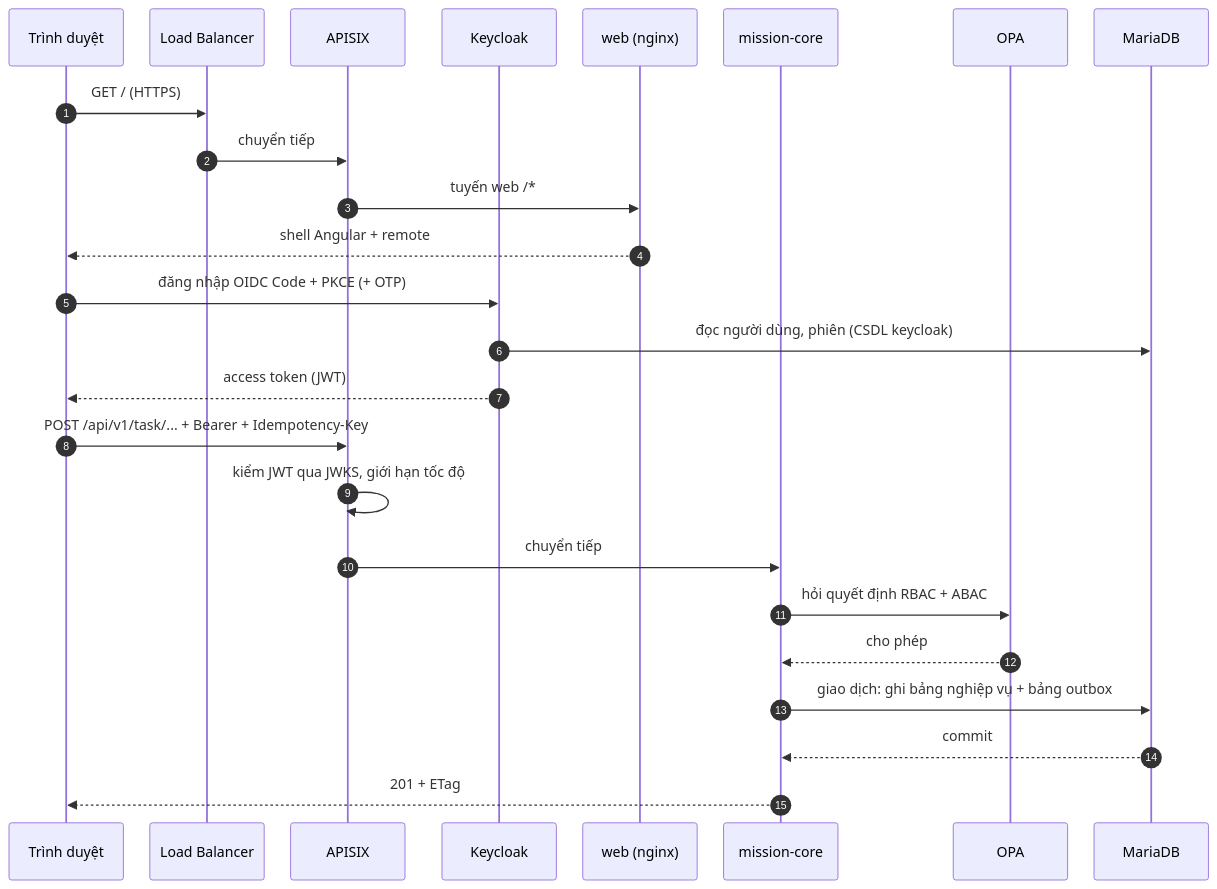
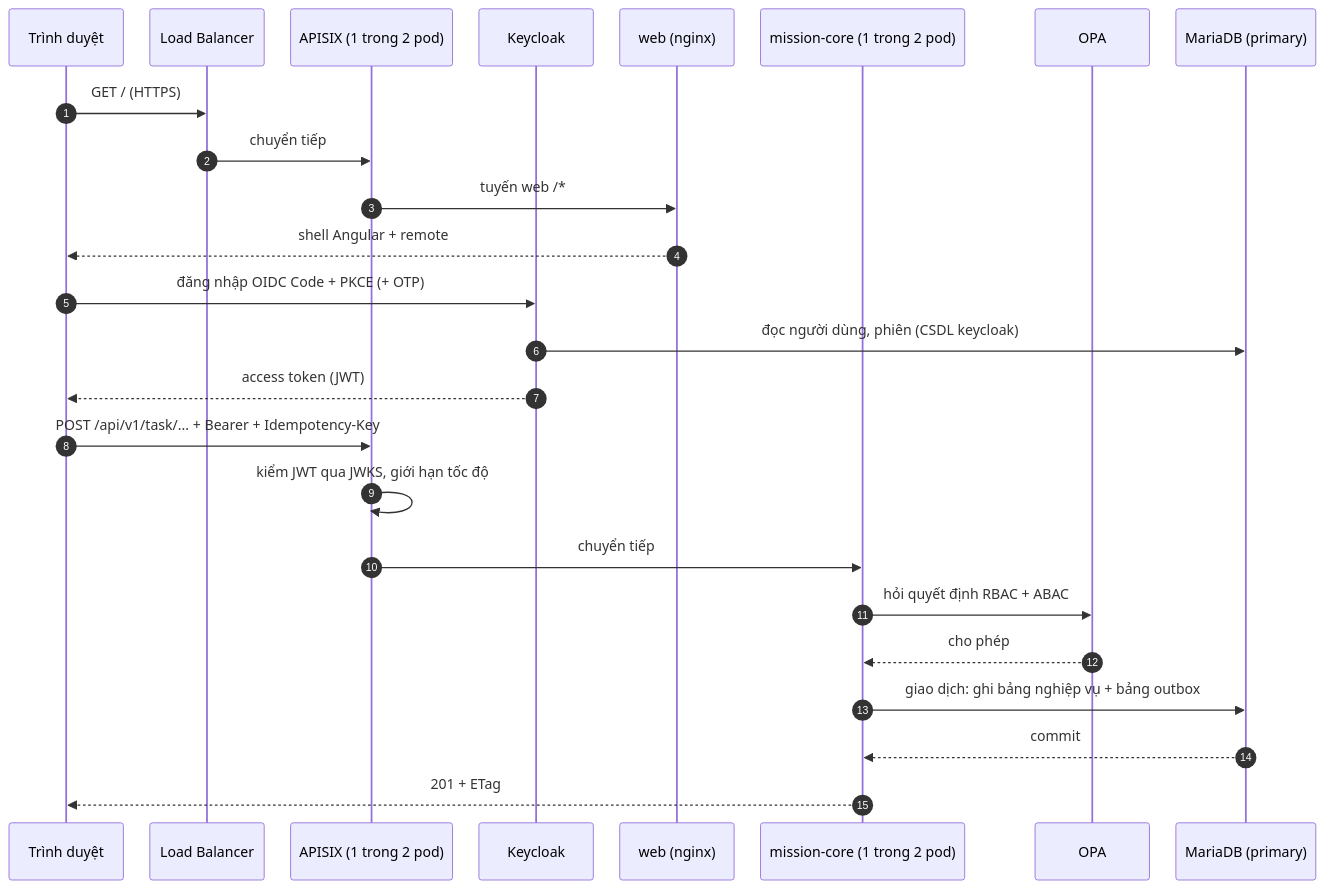
Before and after one commit to caprocute/mission-web: the diagram in docs/thiet-ke/assets/tl06/h4-yeu-cau.mmd, drawn with Mermaid. The commit also changed 23 other files, not shown here.

```diff
--- a/docs/thiet-ke/assets/tl06/h4-yeu-cau.mmd
+++ b/docs/thiet-ke/assets/tl06/h4-yeu-cau.mmd
@@ -1,26 +1,26 @@
 %%{init: {"themeVariables":{"fontSize":"22px"},"sequence":{"actorMargin":30,"width":130,"messageFontSize":20,"actorFontSize":20,"noteFontSize":18,"messageMargin":28}}}%%
 sequenceDiagram
   autonumber
   participant B as Trình duyệt
   participant L as Load Balancer
-  participant G as APISIX
+  participant G as APISIX (1 trong 2 pod)
   participant K as Keycloak
   participant W as web (nginx)
-  participant C as mission-core
+  participant C as mission-core (1 trong 2 pod)
   participant P as OPA
-  participant M as MariaDB
+  participant M as MariaDB (primary)
   B->>L: GET / (HTTPS)
   L->>G: chuyển tiếp
   G->>W: tuyến web /*
   W-->>B: shell Angular + remote
   B->>K: đăng nhập OIDC Code + PKCE (+ OTP)
   K->>M: đọc người dùng, phiên (CSDL keycloak)
   K-->>B: access token (JWT)
   B->>G: POST /api/v1/task/... + Bearer + Idempotency-Key
   G->>G: kiểm JWT qua JWKS, giới hạn tốc độ
   G->>C: chuyển tiếp
   C->>P: hỏi quyết định RBAC + ABAC
   P-->>C: cho phép
   C->>M: giao dịch: ghi bảng nghiệp vụ + bảng outbox
   M-->>C: commit
   C-->>B: 201 + ETag
```
